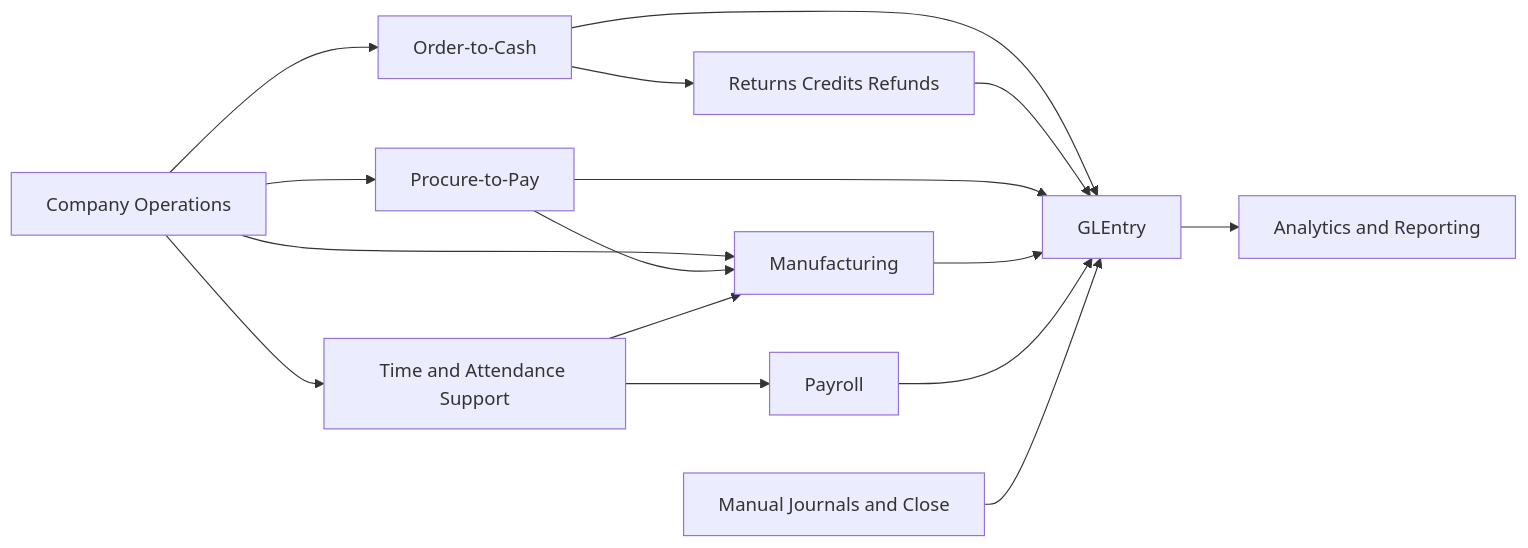
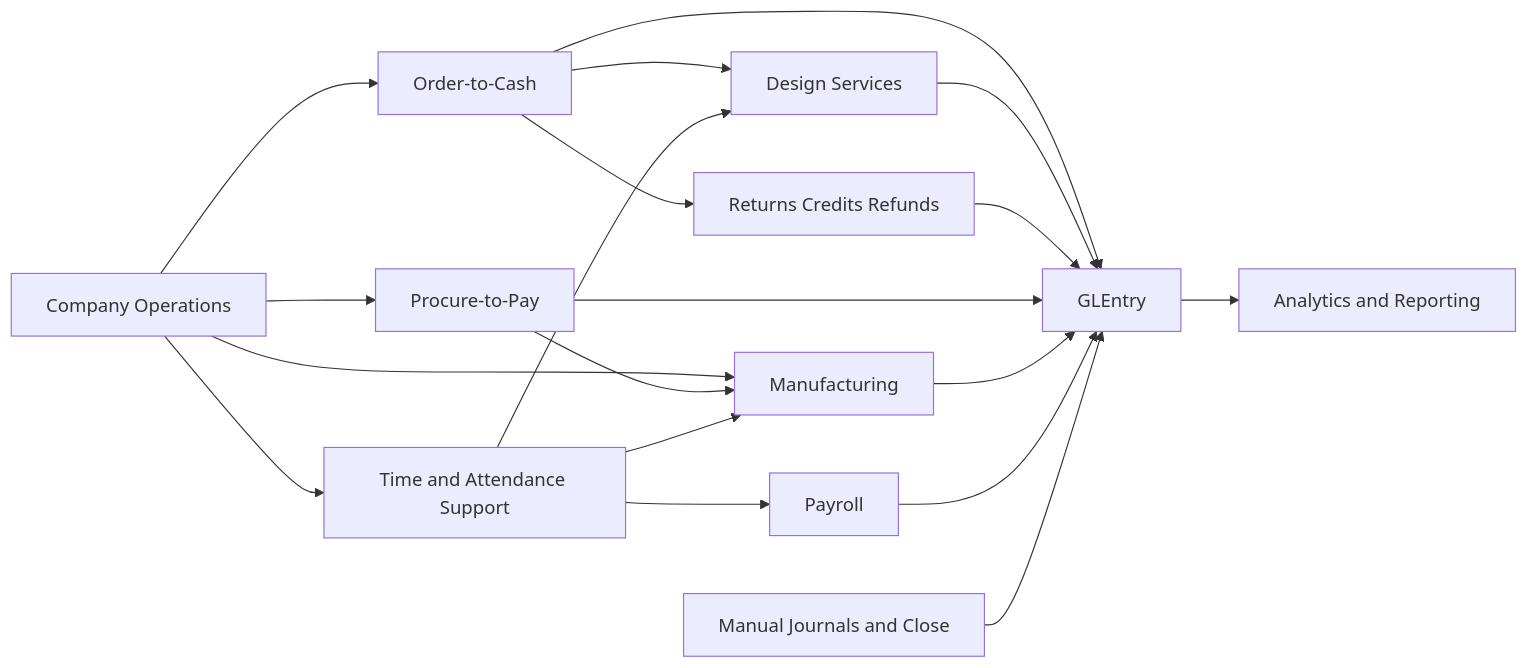
The first of 2 diagrams in docs/learn-the-business/process-flows.md (mmcodesso/greenfield_database), drawn with Mermaid before and after one commit. The commit also changed other lines of this file and 38 other files, not shown here.

Commit message:
Add design services workflow and documentation

````diff
--- a/docs/learn-the-business/process-flows.md
+++ b/docs/learn-the-business/process-flows.md
@@ -26,29 +27,33 @@
 ```mermaid
 flowchart LR
     STORY[Company Operations]
     O2C[Order-to-Cash]
+    DS[Design Services]
     O2CEX[Returns Credits Refunds]
     P2P[Procure-to-Pay]
     MFG[Manufacturing]
     TIME[Time and Attendance Support]
     PAY[Payroll]
     CLOSE[Manual Journals and Close]
     GL[GLEntry]
     AN[Analytics and Reporting]
 
     STORY --> O2C
     STORY --> P2P
     STORY --> MFG
     STORY --> TIME
+    O2C --> DS
     O2C --> O2CEX
     P2P --> MFG
     TIME --> PAY
     TIME --> MFG
+    TIME --> DS
     O2C --> GL
+    DS --> GL
     O2CEX --> GL
     P2P --> GL
     MFG --> GL
     PAY --> GL
     CLOSE --> GL
     GL --> AN
 ```
````
